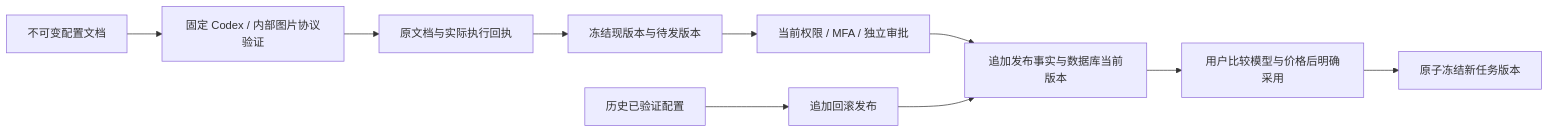
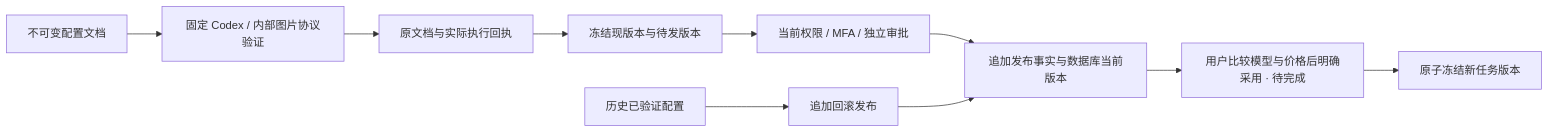
The diagram in docs/technical/53-controlled-capability-releases.md (copypasteltd/workmate), drawn with Mermaid before and after one commit. The commit also changed other lines of this file and 13 other files, not shown here.

````diff
--- a/docs/technical/53-controlled-capability-releases.md
+++ b/docs/technical/53-controlled-capability-releases.md
@@ -19,12 +25,12 @@
 ```mermaid
 flowchart LR
   Draft[不可变配置文档] --> Verify[固定 Codex / 内部图片协议验证]
   Verify --> Receipt[原文档与实际执行回执]
   Receipt --> Preview[冻结现版本与待发版本]
   Preview --> Review[当前权限 / MFA / 独立审批]
   Review --> Publish[追加发布事实与数据库当前版本]
-  Publish --> Adopt[用户比较模型与价格后明确采用]
+  Publish --> Adopt[用户比较模型与价格后明确采用 · 待完成]
   Adopt --> Task[原子冻结新任务版本]
   History[历史已验证配置] --> Rollback[追加回滚发布]
   Rollback --> Publish
 ```
````
